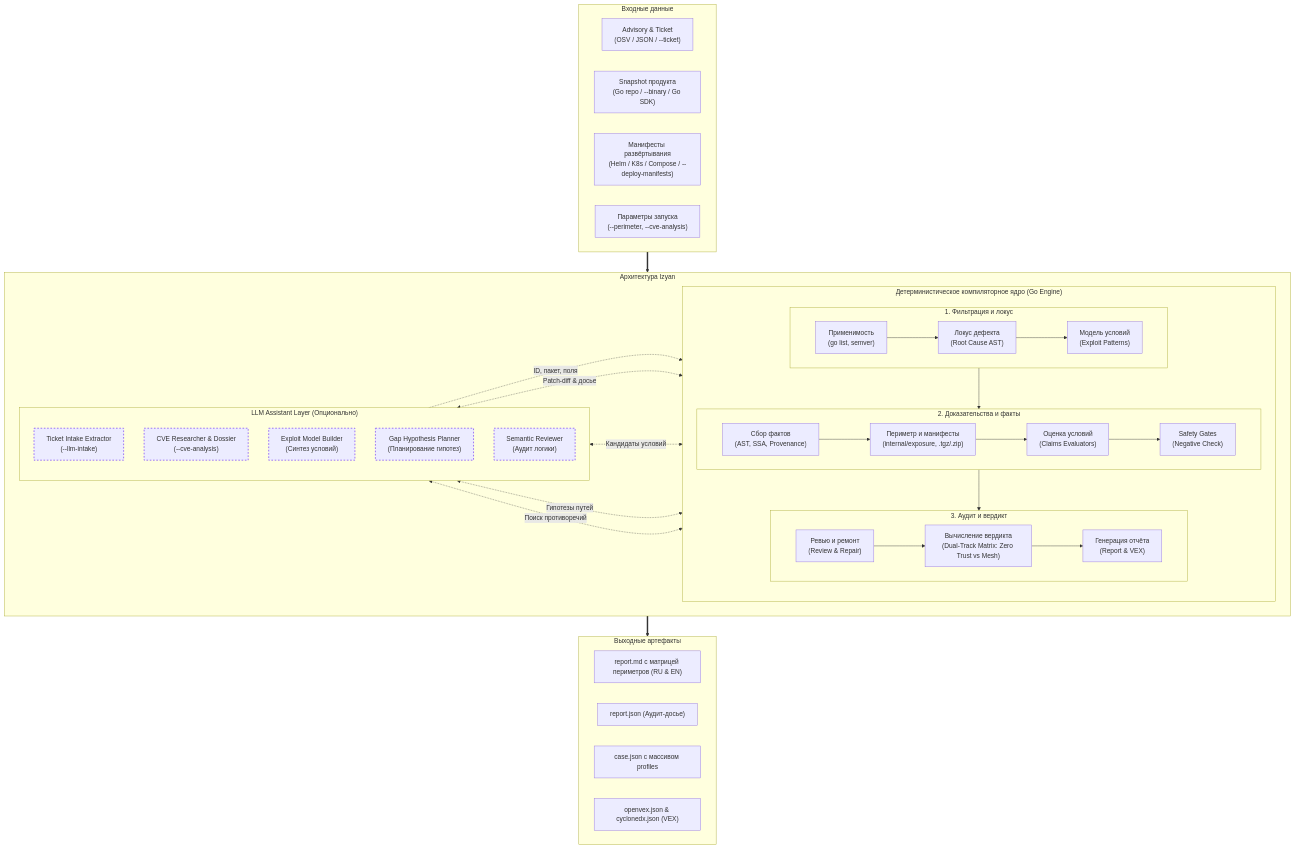
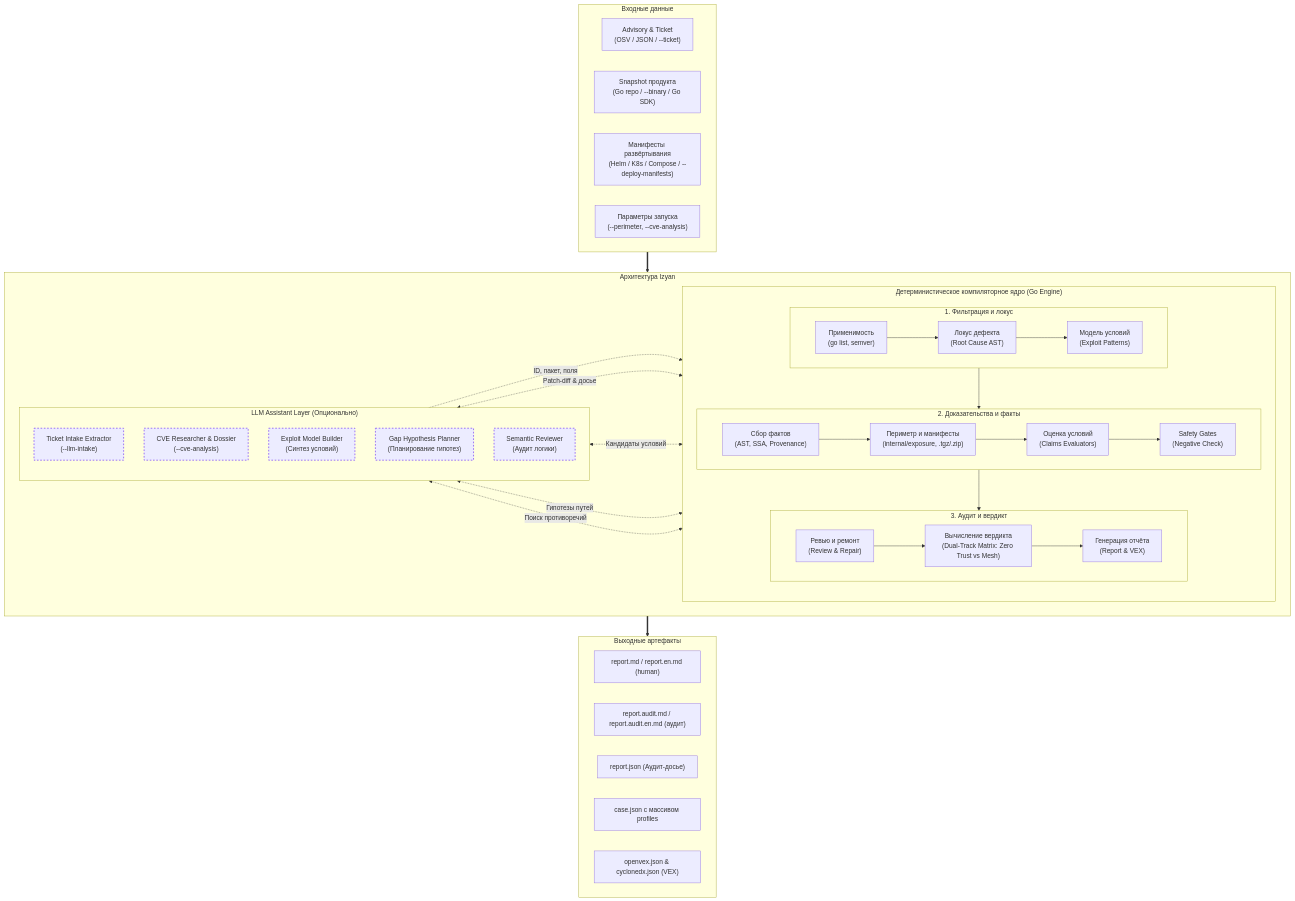
The first of 3 diagrams in docs/architecture.md (davniy/izyan), drawn with Mermaid before and after one commit. The commit also changed other lines of this file and 20 other files, not shown here.

First line of the commit message:
feat(report,risk): split human report from technical audit, forbid triage escalation, honest AI-usage

````diff
--- a/docs/architecture.md
+++ b/docs/architecture.md
@@ -11,60 +11,61 @@
 ```mermaid
 flowchart TD
     subgraph Inputs ["Входные данные"]
         direction LR
         Adv["Advisory & Ticket<br>(OSV / JSON / --ticket)"]
         Snap["Snapshot продукта<br>(Go repo / --binary / Go SDK)"]
         Dep["Манифесты развёртывания<br>(Helm / K8s / Compose / --deploy-manifests)"]
         Cfg["Параметры запуска<br>(--perimeter, --cve-analysis)"]
     end
 
     subgraph Architecture ["Архитектура Izyan"]
         direction LR
 
         subgraph Core ["Детерминистическое компиляторное ядро (Go Engine)"]
             direction TB
             subgraph Phase1 ["1. Фильтрация и локус"]
                 direction LR
                 S1["Применимость<br>(go list, semver)"] --> S2["Локус дефекта<br>(Root Cause AST)"] --> S3["Модель условий<br>(Exploit Patterns)"]
             end
             subgraph Phase2 ["2. Доказательства и факты"]
                 direction LR
                 S4["Сбор фактов<br>(AST, SSA, Provenance)"] --> S4b["Периметр и манифесты<br>(internal/exposure, .tgz/.zip)"] --> S5["Оценка условий<br>(Claims Evaluators)"] --> S6["Safety Gates<br>(Negative Check)"]
             end
             subgraph Phase3 ["3. Аудит и вердикт"]
                 direction LR
                 S7["Ревью и ремонт<br>(Review & Repair)"] --> S8["Вычисление вердикта<br>(Dual-Track Matrix: Zero Trust vs Mesh)"] --> S9["Генерация отчёта<br>(Report & VEX)"]
             end
             Phase1 --> Phase2 --> Phase3
         end
 
         subgraph LLMLayer ["LLM Assistant Layer (Опционально)"]
             direction TB
             L1["Ticket Intake Extractor<br>(--llm-intake)"]
             L2["CVE Researcher & Dossier<br>(--cve-analysis)"]
             L3["Exploit Model Builder<br>(Синтез условий)"]
             L4["Gap Hypothesis Planner<br>(Планирование гипотез)"]
             L5["Semantic Reviewer<br>(Аудит логики)"]
         end
     end
 
     subgraph Outputs ["Выходные артефакты"]
         direction LR
-        RepMD["report.md с матрицей периметров (RU & EN)"]
+        RepMD["report.md / report.en.md (human)"]
+        RepAudit["report.audit.md / report.audit.en.md (аудит)"]
         RepJSON["report.json (Аудит-досье)"]
         CaseJSON["case.json с массивом profiles"]
         VEX["openvex.json & cyclonedx.json (VEX)"]
     end
 
     Inputs ==> Phase1
     L1 -.->|ID, пакет, поля| S1
     L2 <.->|Patch-diff & досье| S2
     L3 <.->|Кандидаты условий| S3
     L4 <.->|Гипотезы путей| S4
     L5 <.->|Поиск противоречий| S7
 
     Phase3 ==> Outputs
 
     classDef llmNode stroke:#8b5cf6,stroke-width:2px,stroke-dasharray: 4 4;
     class L1,L2,L3,L4,L5 llmNode;
 ```
````
